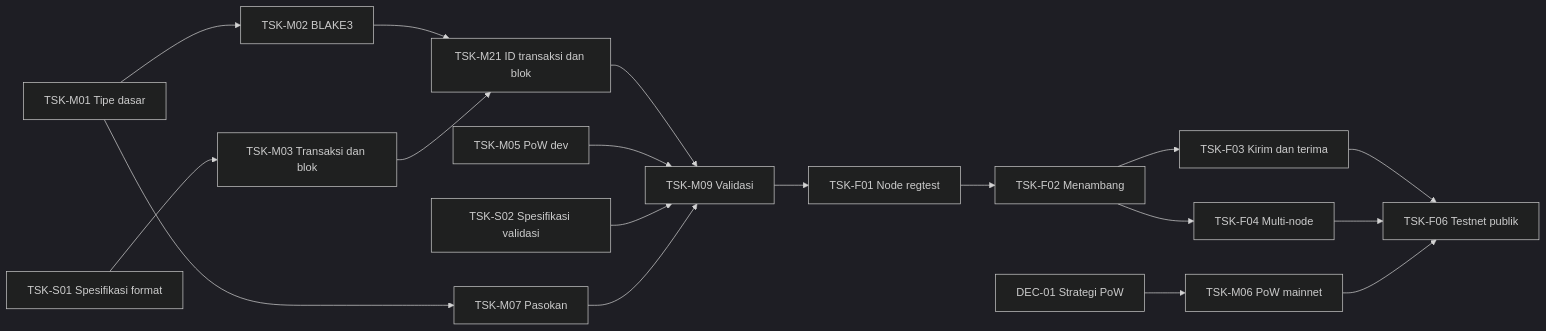
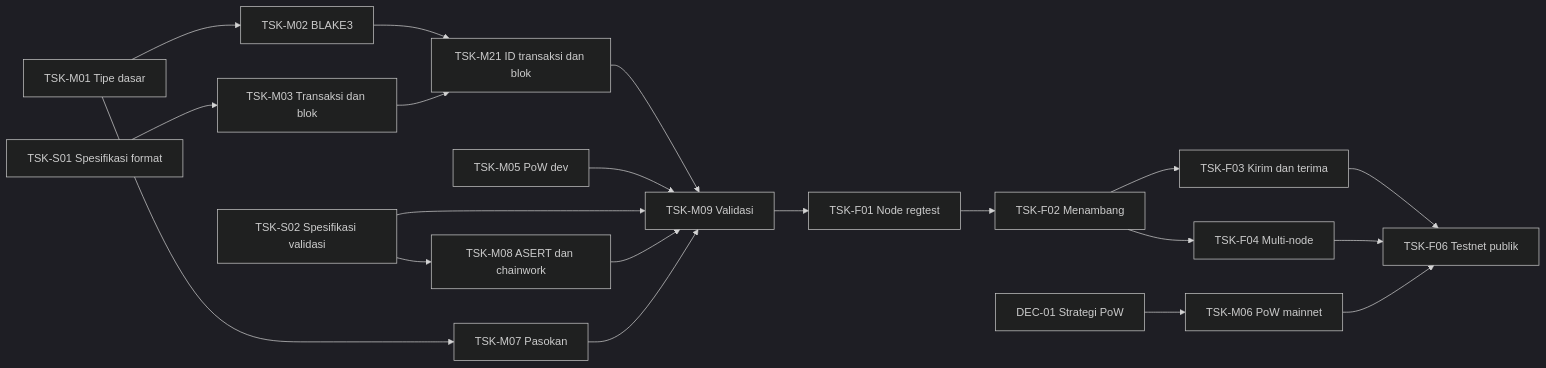
One commit to ratuaurion-dev/zevrigo changed the diagram in docs/tasks/README.md. Above: the diagram before and after it, drawn with Mermaid (dark theme). The commit also changed other lines of this file and 5 other files, not shown here.

````diff
--- a/docs/tasks/README.md
+++ b/docs/tasks/README.md
@@ -79,20 +80,22 @@
 ```mermaid
 graph LR
   TSKM01[TSK-M01 Tipe dasar] --> TSKM02[TSK-M02 BLAKE3]
   TSKM01 --> TSKM07[TSK-M07 Pasokan]
   TSKS01[TSK-S01 Spesifikasi format] --> TSKM03[TSK-M03 Transaksi dan blok]
   TSKM02 --> TSKM21[TSK-M21 ID transaksi dan blok]
   TSKM03 --> TSKM21
   TSKM21 --> TSKM09[TSK-M09 Validasi]
   TSKM05[TSK-M05 PoW dev] --> TSKM09
   TSKS02[TSK-S02 Spesifikasi validasi] --> TSKM09
+  TSKS02 --> TSKM08[TSK-M08 ASERT dan chainwork]
+  TSKM08 --> TSKM09
   TSKM07 --> TSKM09
   TSKM09 --> TSKF01[TSK-F01 Node regtest]
   TSKF01 --> TSKF02[TSK-F02 Menambang]
   TSKF02 --> TSKF03[TSK-F03 Kirim dan terima]
   TSKF02 --> TSKF04[TSK-F04 Multi-node]
   TSKF03 --> TSKF06[TSK-F06 Testnet publik]
   TSKF04 --> TSKF06
   DEC01[DEC-01 Strategi PoW] --> TSKM06[TSK-M06 PoW mainnet]
   TSKM06 --> TSKF06
 ```
````
